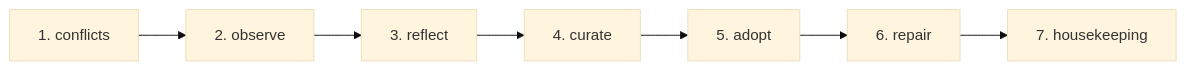
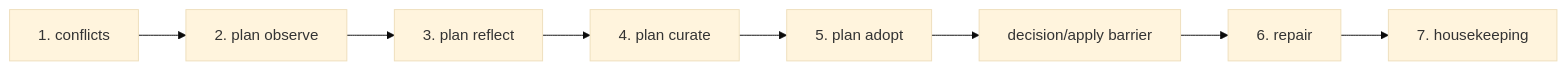
The seventh of 7 diagrams in HOW-IT-WORKS.md (tenphi/akno), drawn with Mermaid (base theme) before and after one commit. The commit also changed other lines of this file and 5 other files, not shown here.

````diff
--- a/HOW-IT-WORKS.md
+++ b/HOW-IT-WORKS.md
@@ -750,4 +750,4 @@
 ```mermaid
 flowchart LR
-    conflicts["1. conflicts"] --> observe["2. observe"] --> reflect["3. reflect"] --> curate["4. curate"] --> adopt["5. adopt"] --> repair["6. repair"] --> housekeeping["7. housekeeping"]
+    conflicts["1. conflicts"] --> observe["2. plan observe"] --> reflect["3. plan reflect"] --> curate["4. plan curate"] --> adopt["5. plan adopt"] --> barrier["decision/apply barrier"] --> repair["6. repair"] --> housekeeping["7. housekeeping"]
 ```
````
